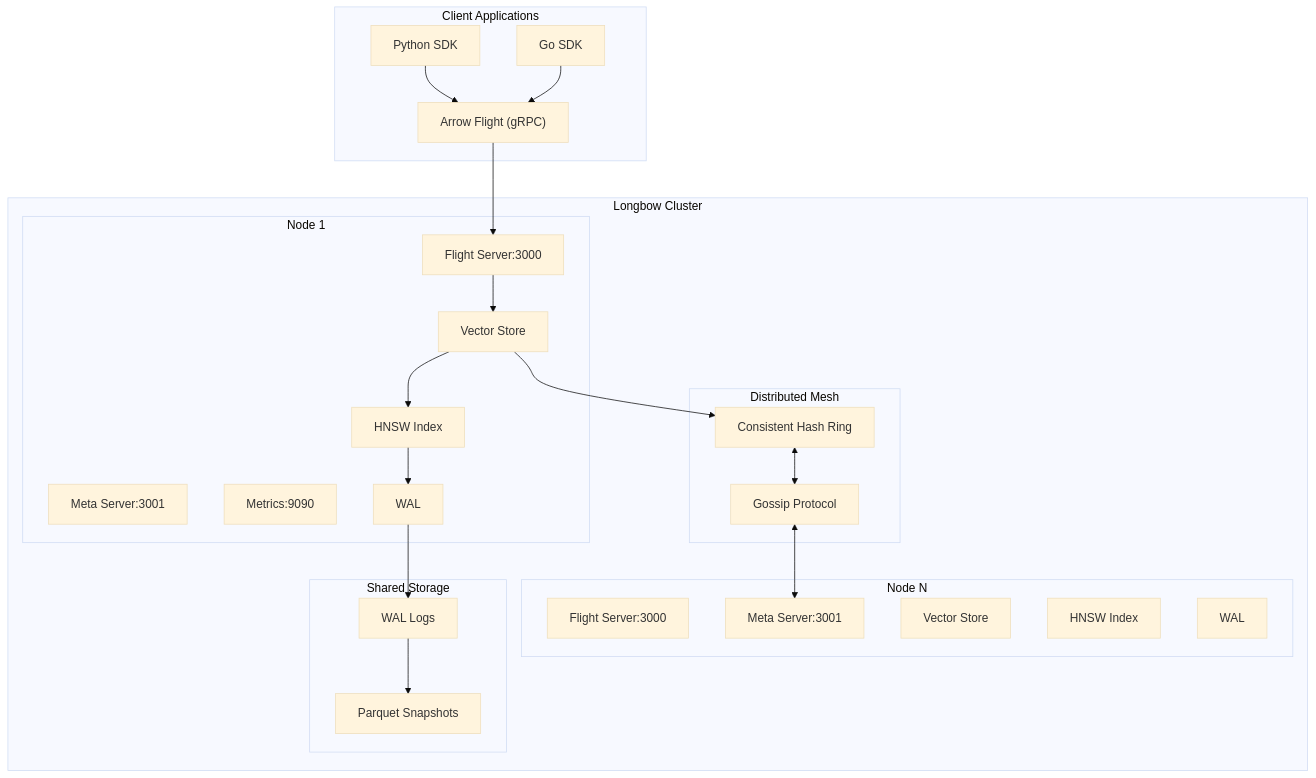
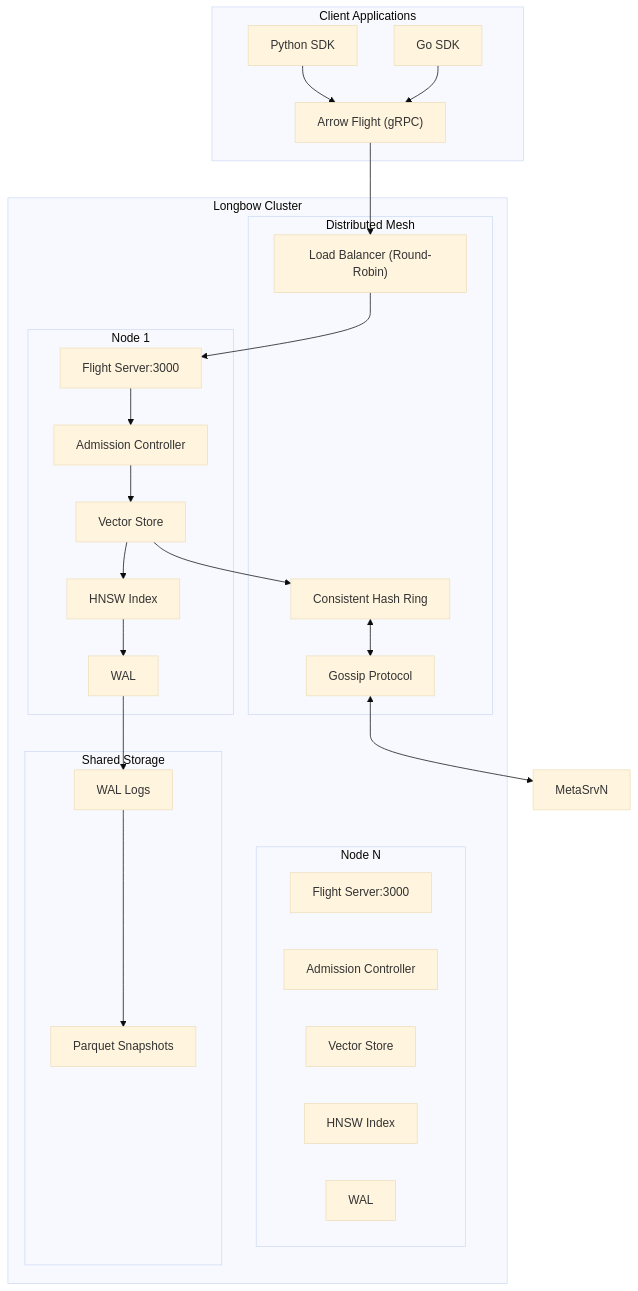
One commit to 23skdu/longbow changed the first of 5 diagrams in docs/architecture.md. Above: the diagram before and after it, drawn with Mermaid (base theme). The commit also changed other lines of this file and 14 other files, not shown here.

````diff
--- a/docs/architecture.md
+++ b/docs/architecture.md
@@ -13,49 +13,51 @@
 ```mermaid
 graph TB
     subgraph Client["Client Applications"]
         Python["Python SDK"]
         Go["Go SDK"]
         Flight["Arrow Flight (gRPC)"]
     end
 
     subgraph Longbow["Longbow Cluster"]
         subgraph Node1["Node 1"]
             FlightSrv["Flight Server:3000"]
-            MetaSrv["Meta Server:3001"]
-            Metrics["Metrics:9090"]
+            Admission["Admission Controller"]
             VectorStore1["Vector Store"]
             HNSW1["HNSW Index"]
             WAL1["WAL"]
         end
 
         subgraph NodeN["Node N"]
             FlightSrvN["Flight Server:3000"]
-            MetaSrvN["Meta Server:3001"]
+            AdmissionN["Admission Controller"]
             VectorStoreN["Vector Store"]
             HNSW_N["HNSW Index"]
             WALN["WAL"]
         end
 
         subgraph Mesh["Distributed Mesh"]
             Gossip["Gossip Protocol"]
             Ring["Consistent Hash Ring"]
+            LoadBalancer["Load Balancer (Round-Robin)"]
         end
 
         subgraph Storage["Shared Storage"]
             Snapshots["Parquet Snapshots"]
             WALLog["WAL Logs"]
         end
     end
 
     Python --> Flight
     Go --> Flight
-    Flight --> FlightSrv
-    FlightSrv --> VectorStore1
+    Flight --> LoadBalancer
+    LoadBalancer --> FlightSrv
+    FlightSrv --> Admission
+    Admission --> VectorStore1
     VectorStore1 --> HNSW1
     HNSW1 --> WAL1
     VectorStore1 --> Ring
     Ring <--> Gossip
     Gossip <--> MetaSrvN
     WAL1 --> WALLog
     WALLog --> Snapshots
 ```
````
